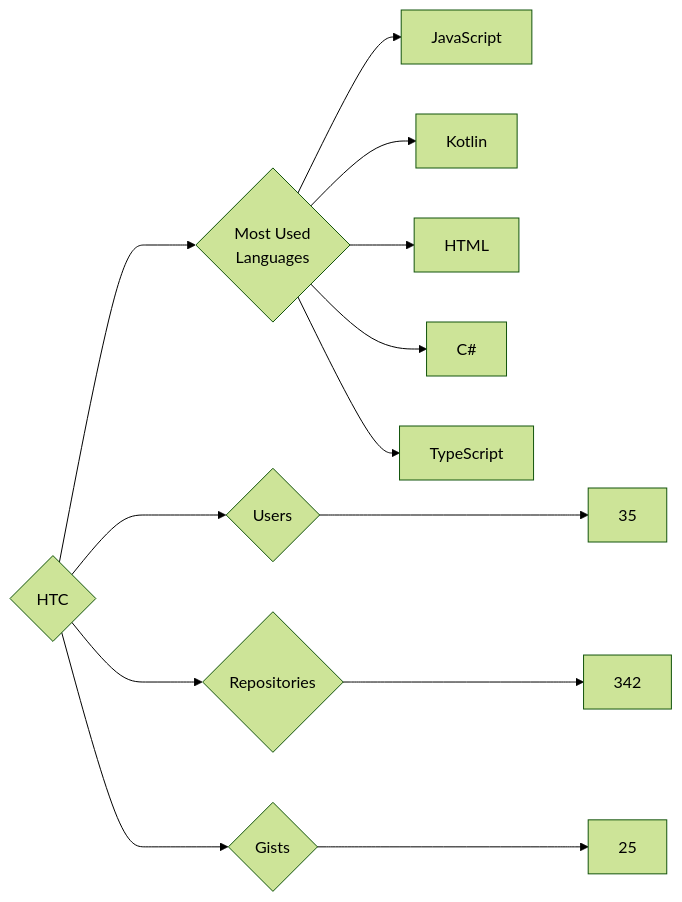
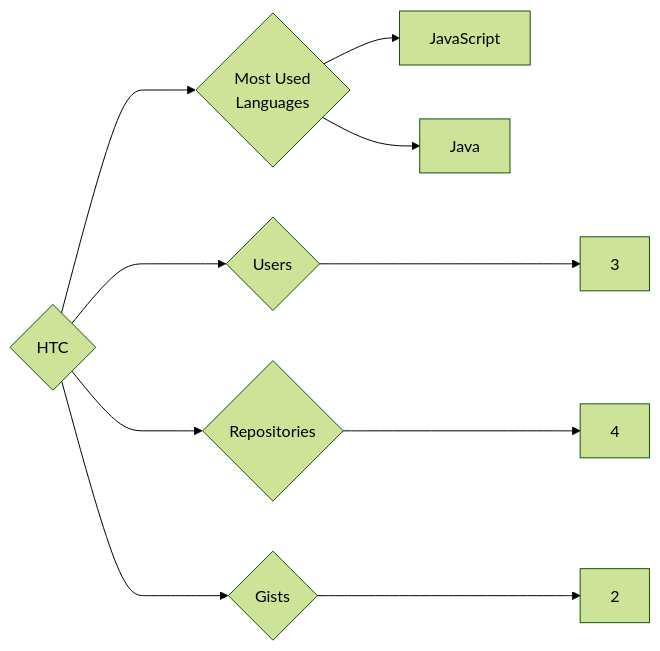
The diagram in targets/HTC/README.md (trickest/insiders), drawn with Mermaid (forest theme) before and after one commit. The commit also changed 553 other files, not shown here.

````diff
--- a/targets/HTC/README.md
+++ b/targets/HTC/README.md
@@ -3,13 +3,10 @@
 ```mermaid
 graph LR
 COMPANY_NAME{HTC}
-COMPANY_NAME ---> U{Users} ---> UN[35]
-COMPANY_NAME ---> R{Repositories} ---> RN[342]
-COMPANY_NAME ---> G{Gists} ---> GN[25]
+COMPANY_NAME ---> U{Users} ---> UN[3]
+COMPANY_NAME ---> R{Repositories} ---> RN[4]
+COMPANY_NAME ---> G{Gists} ---> GN[2]
 COMPANY_NAME ---> ML{Most Used<br>Languages}
 ML --> JavaScript[JavaScript]
-ML --> Kotlin[Kotlin]
-ML --> HTML[HTML]
-ML --> C#[C#]
-ML --> TypeScript[TypeScript]
+ML --> Java[Java]
 ```
````
